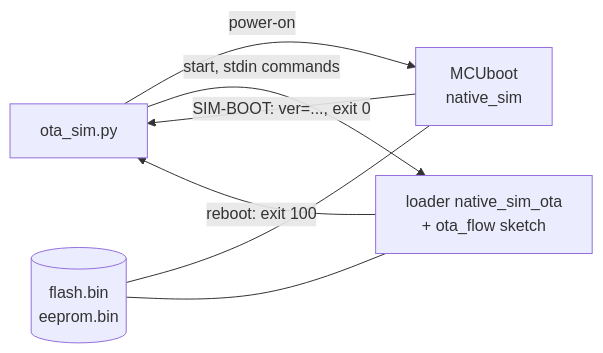
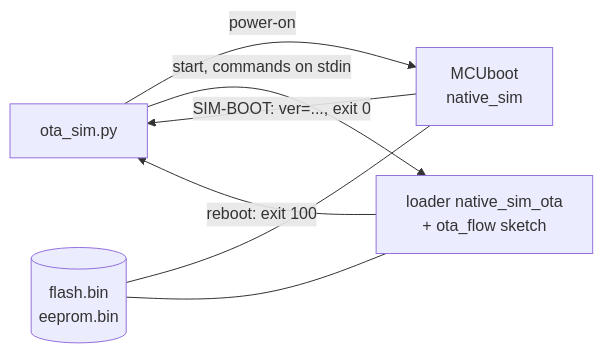
The diagram in loader/native_sim/ota_sim/README.md (gibix/ArduinoCore-zephyr), drawn with Mermaid before and after one commit. The commit also changed other lines of this file and 3 other files, not shown here.

First line of the commit message:
loader: native_sim: simplify the MCUboot OTA simulator tests

````diff
--- a/loader/native_sim/ota_sim/README.md
+++ b/loader/native_sim/ota_sim/README.md
@@ -9,9 +9,9 @@
 ```mermaid
 flowchart LR
   R[ota_sim.py] -->|power-on| M[MCUboot<br/>native_sim]
   M -->|"SIM-BOOT: ver=..., exit 0"| R
-  R -->|start, stdin commands| L[loader native_sim_ota<br/>+ ota_flow sketch]
+  R -->|start, commands on stdin| L[loader native_sim_ota<br/>+ ota_flow sketch]
   L -->|"reboot: exit 100"| R
   F[(flash.bin<br/>eeprom.bin)] --- M
   F --- L
 ```
````
